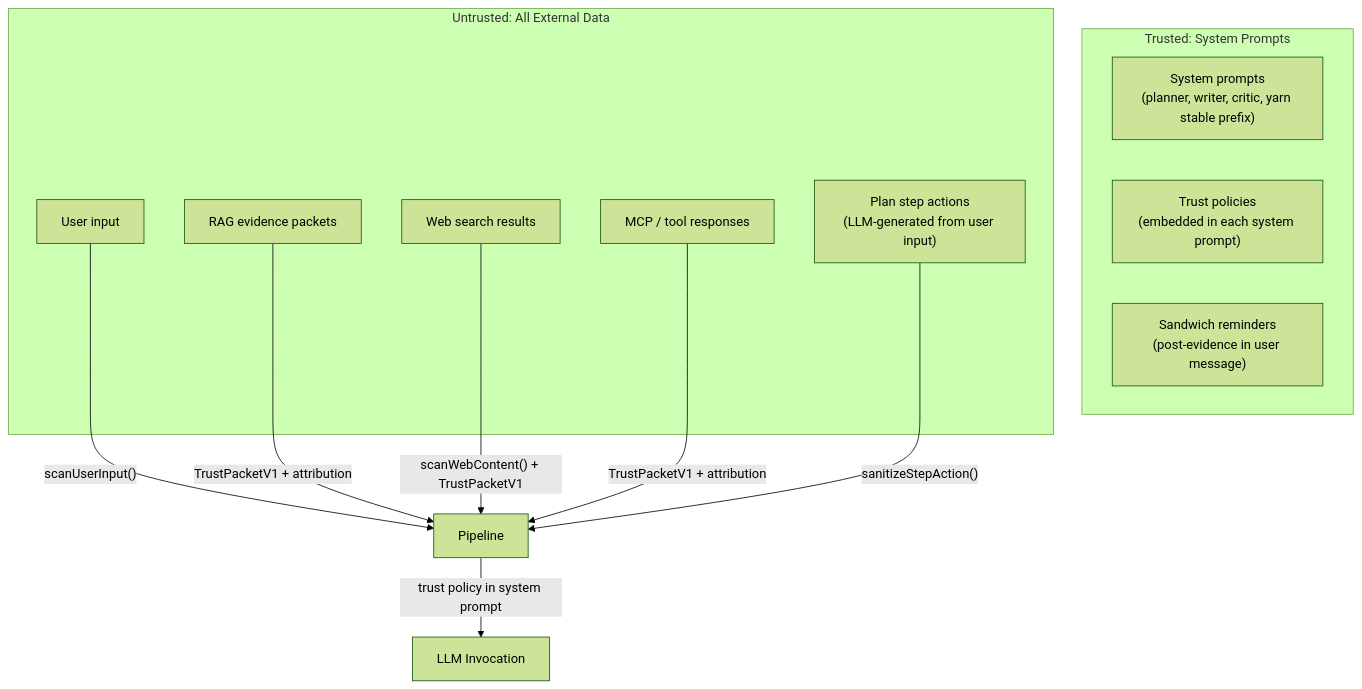
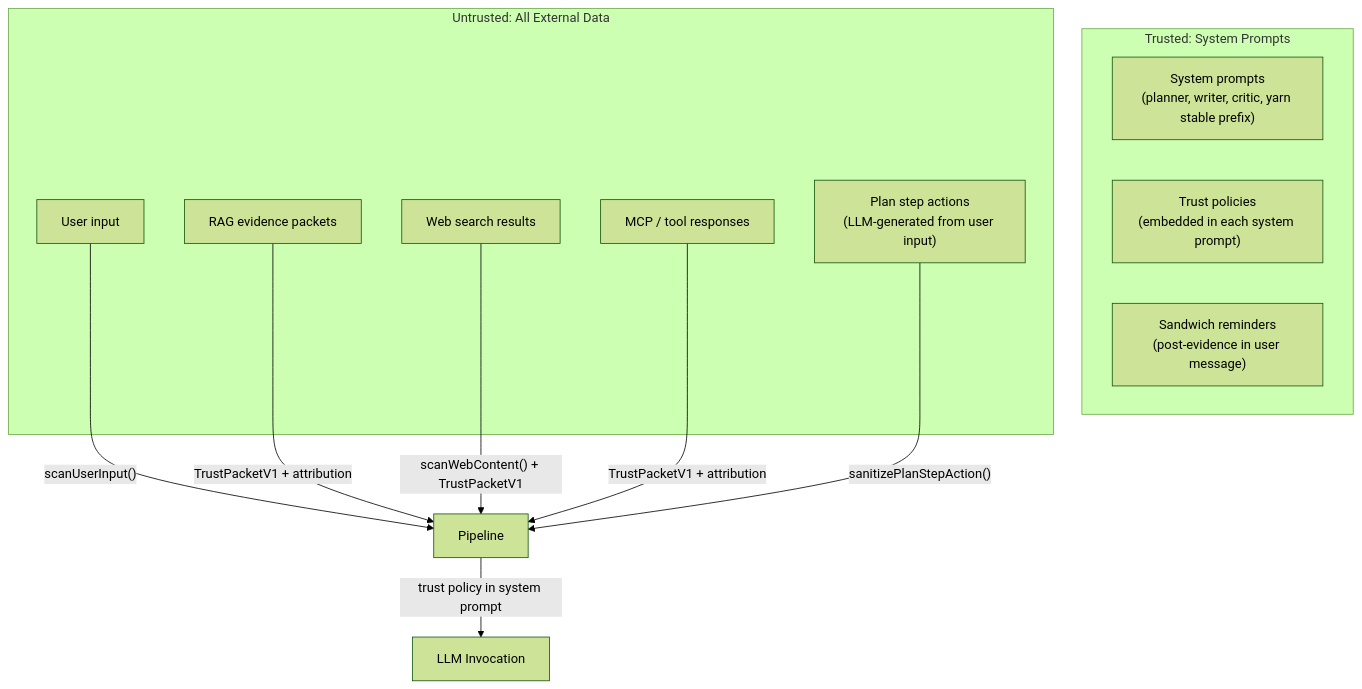
The first of 2 diagrams in docs/SECURITY.md (supernovae/synesis), drawn with Mermaid (forest theme) before and after one commit. The commit also changed other lines of this file and 15 other files, not shown here.

````diff
--- a/docs/SECURITY.md
+++ b/docs/SECURITY.md
@@ -66,23 +66,23 @@
 ```mermaid
 flowchart TD
     subgraph trusted [Trusted: System Prompts]
         SP["System prompts\n(planner, writer, critic, yarn stable prefix)"]
         TP["Trust policies\n(embedded in each system prompt)"]
         SR["Sandwich reminders\n(post-evidence in user message)"]
     end
 
     subgraph untrusted [Untrusted: All External Data]
         UI["User input"]
         RAG["RAG evidence packets"]
         WEB["Web search results"]
         MCP["MCP / tool responses"]
         STEP["Plan step actions\n(LLM-generated from user input)"]
     end
 
     UI -->|"scanUserInput()"| Pipeline
     RAG -->|"TrustPacketV1 + attribution"| Pipeline
     WEB -->|"scanWebContent() + TrustPacketV1"| Pipeline
     MCP -->|"TrustPacketV1 + attribution"| Pipeline
-    STEP -->|"sanitizeStepAction()"| Pipeline
+    STEP -->|"sanitizePlanStepAction()"| Pipeline
     Pipeline -->|"trust policy in system prompt"| LLM["LLM Invocation"]
 ```
````
